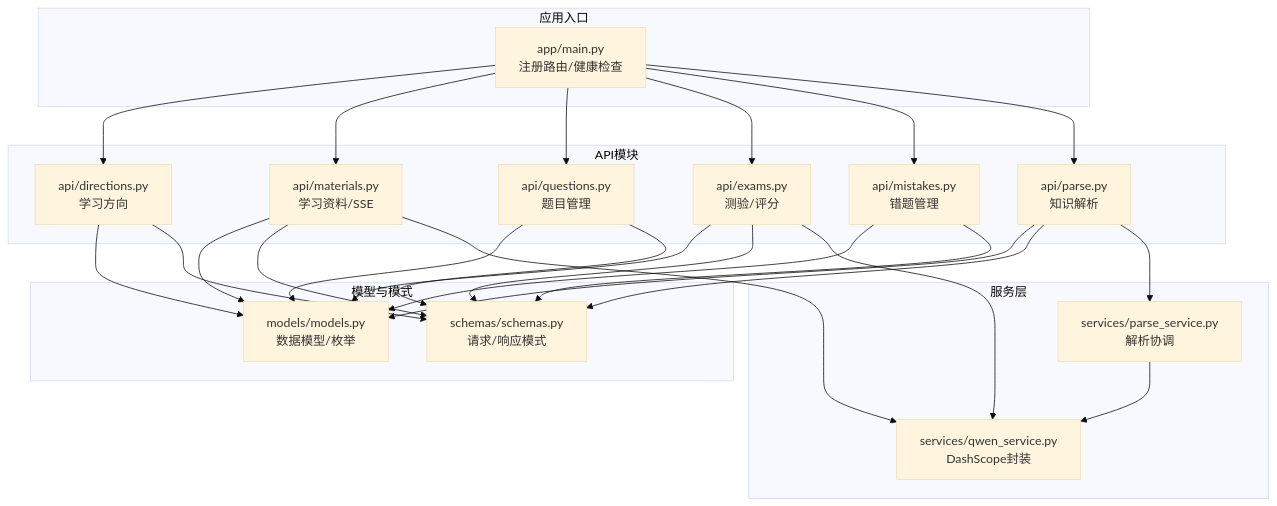
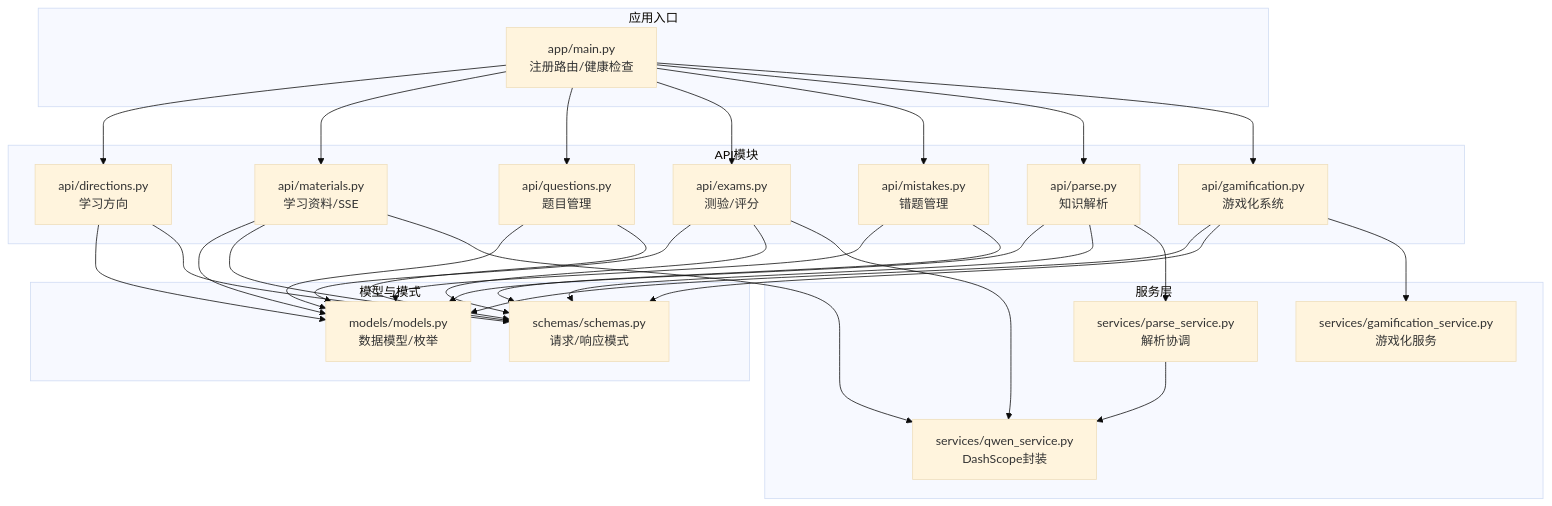
One commit to zhiwenli-jack/personal-learning-manager changed the first of 6 diagrams in .qoder/repowiki/zh/content/后端API文档/后端API文档.md. Above: the diagram before and after it, drawn with Mermaid (base theme). The commit also changed other lines of this file and 20 other files, not shown here.

````diff
--- a/.qoder/repowiki/zh/content/后端API文档/后端API文档.md
+++ b/.qoder/repowiki/zh/content/后端API文档/后端API文档.md
@@ -50,44 +55,50 @@
 ```mermaid
 graph TB
 subgraph "应用入口"
 MAIN["app/main.py<br/>注册路由/健康检查"]
 end
 subgraph "API模块"
 DIR["api/directions.py<br/>学习方向"]
 MAT["api/materials.py<br/>学习资料/SSE"]
 QUE["api/questions.py<br/>题目管理"]
 EXAM["api/exams.py<br/>测验/评分"]
 MIS["api/mistakes.py<br/>错题管理"]
 PAR["api/parse.py<br/>知识解析"]
+GAM["api/gamification.py<br/>游戏化系统"]
 end
 subgraph "模型与模式"
 MODELS["models/models.py<br/>数据模型/枚举"]
 SCHEMAS["schemas/schemas.py<br/>请求/响应模式"]
 end
 subgraph "服务层"
 QWEN["services/qwen_service.py<br/>DashScope封装"]
 PARSE["services/parse_service.py<br/>解析协调"]
+GAMSERV["services/gamification_service.py<br/>游戏化服务"]
 end
 MAIN --> DIR
 MAIN --> MAT
 MAIN --> QUE
 MAIN --> EXAM
 MAIN --> MIS
 MAIN --> PAR
+MAIN --> GAM
 DIR --> MODELS
 MAT --> MODELS
 QUE --> MODELS
 EXAM --> MODELS
 MIS --> MODELS
 PAR --> MODELS
+GAM --> MODELS
 DIR --> SCHEMAS
 MAT --> SCHEMAS
 QUE --> SCHEMAS
 EXAM --> SCHEMAS
 MIS --> SCHEMAS
 PAR --> SCHEMAS
+GAM --> SCHEMAS
 MAT --> QWEN
 EXAM --> QWEN
 PAR --> PARSE
 PARSE --> QWEN
+GAM --> GAMSERV
 ```
````
